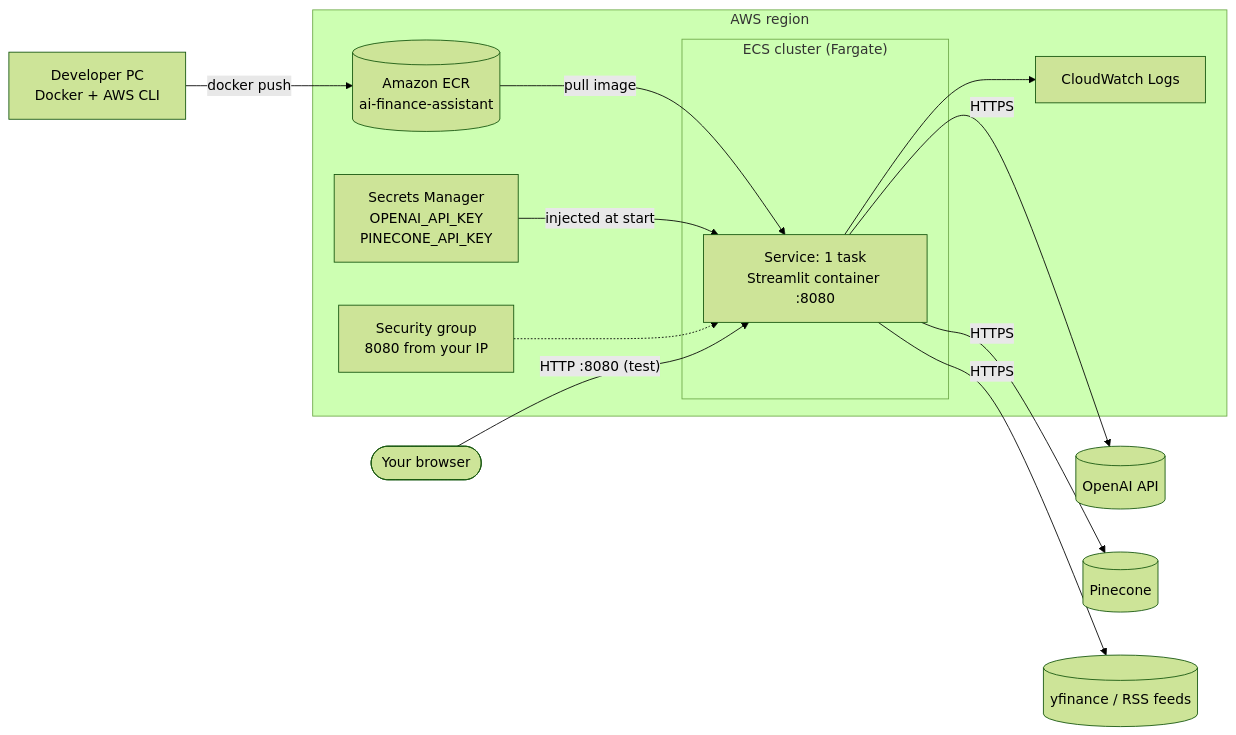
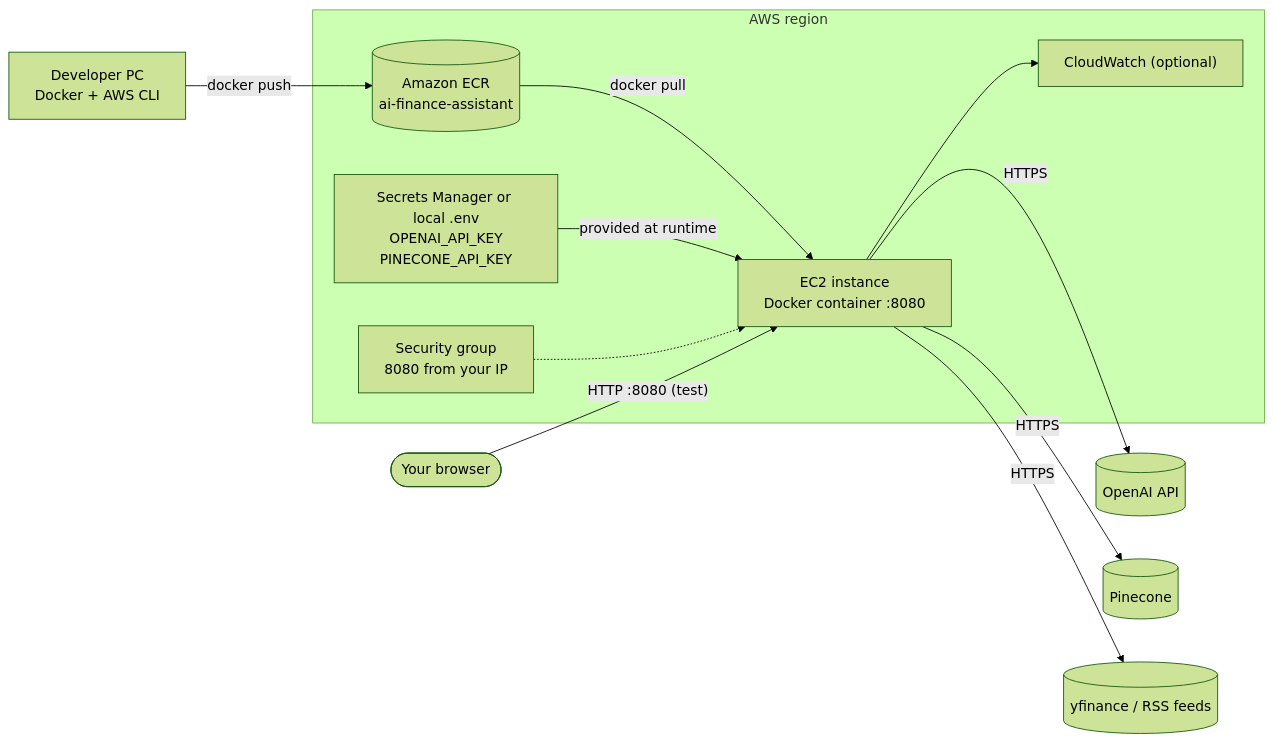
One commit to vxkudire/AI-Finance-Assistant changed the second of 2 diagrams in README.md. Above: the diagram before and after it, drawn with Mermaid (forest theme). The commit also changed other lines of this file and 3 other files, not shown here.

````diff
--- a/README.md
+++ b/README.md
@@ -38,17 +39,14 @@
 ```mermaid
 flowchart LR
     Dev["Developer PC<br/>Docker + AWS CLI"] -->|docker push| ECR[("Amazon ECR<br/>ai-finance-assistant")]
     subgraph AWS["AWS region"]
-        ECR -->|pull image| Task
-        SM["Secrets Manager<br/>OPENAI_API_KEY<br/>PINECONE_API_KEY"] -->|"injected at start"| Task
-        subgraph ECS["ECS cluster (Fargate)"]
-            Task["Service: 1 task<br/>Streamlit container :8080"]
-        end
-        Task --> CW["CloudWatch Logs"]
-        SG["Security group<br/>8080 from your IP"] -.-> Task
+        ECR -->|docker pull| EC2["EC2 instance<br/>Docker container :8080"]
+        SM["Secrets Manager or local .env<br/>OPENAI_API_KEY<br/>PINECONE_API_KEY"] -->|"provided at runtime"| EC2
+        EC2 --> CW["CloudWatch (optional)"]
+        SG["Security group<br/>8080 from your IP"] -.-> EC2
     end
-    Browser([Your browser]) -->|"HTTP :8080 (test)"| Task
-    Task -->|HTTPS| OpenAI[("OpenAI API")]
-    Task -->|HTTPS| Pine[("Pinecone")]
-    Task -->|HTTPS| Ext[("yfinance / RSS feeds")]
+    Browser([Your browser]) -->|"HTTP :8080 (test)"| EC2
+    EC2 -->|HTTPS| OpenAI[("OpenAI API")]
+    EC2 -->|HTTPS| Pine[("Pinecone")]
+    EC2 -->|HTTPS| Ext[("yfinance / RSS feeds")]
 ```
````
